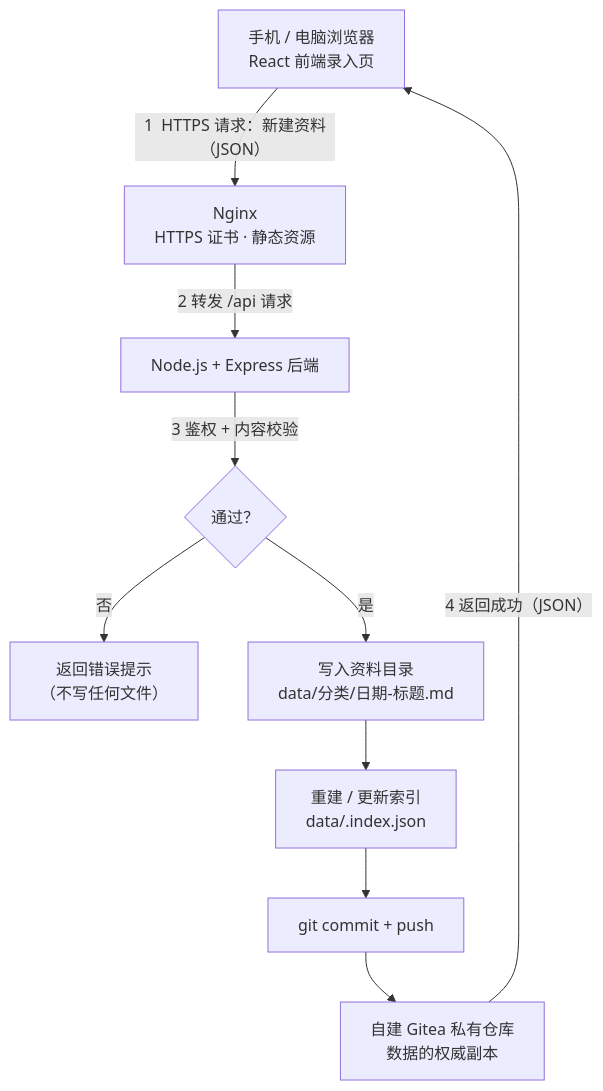
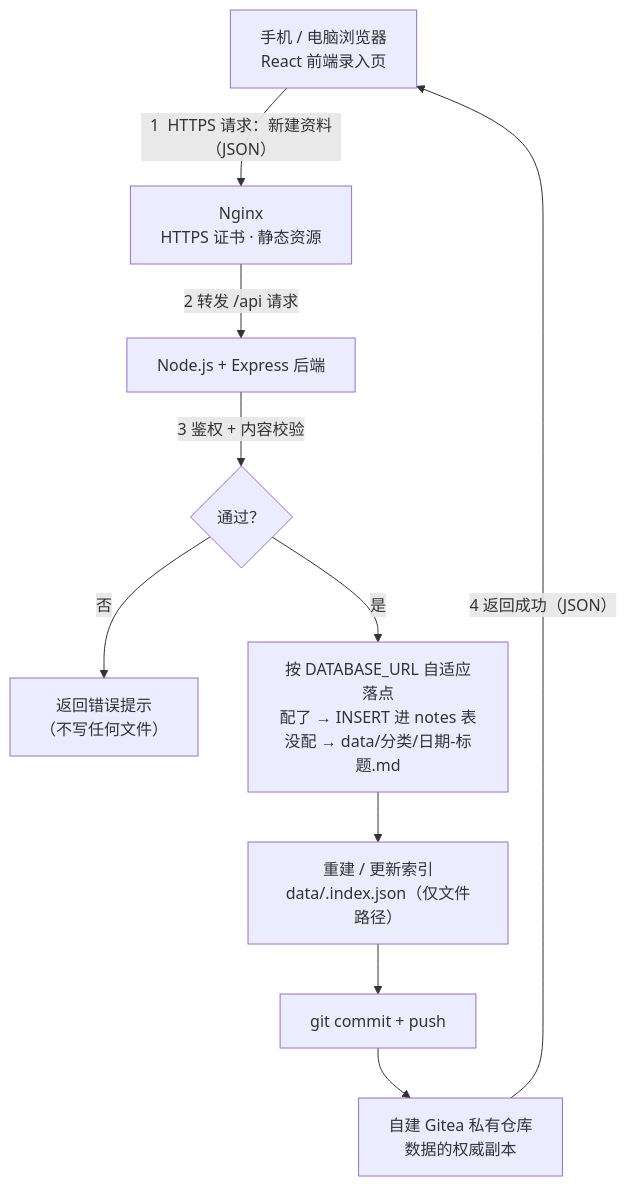
One commit to XingHo-VibeCoding/vbcd changed the first of 8 diagrams in TECH_DESIGN.md. Above: the diagram before and after it, drawn with Mermaid. The commit also changed other lines of this file and 6 other files, not shown here.

````diff
--- a/TECH_DESIGN.md
+++ b/TECH_DESIGN.md
@@ -82,12 +84,12 @@
 ```mermaid
 flowchart TD
     A["手机 / 电脑浏览器<br/>React 前端录入页"] -->|"1  HTTPS 请求：新建资料（JSON）"| B["Nginx<br/>HTTPS 证书 · 静态资源"]
     B -->|"2  转发 /api 请求"| C["Node.js + Express 后端"]
     C -->|"3  鉴权 + 内容校验"| D{"通过？"}
     D -->|"否"| E["返回错误提示<br/>（不写任何文件）"]
-    D -->|"是"| F["写入资料目录<br/>data/分类/日期-标题.md"]
-    F --> G["重建 / 更新索引<br/>data/.index.json"]
+    D -->|"是"| F["按 DATABASE_URL 自适应落点<br/>配了 → INSERT 进 notes 表<br/>没配 → data/分类/日期-标题.md"]
+    F --> G["重建 / 更新索引<br/>data/.index.json（仅文件路径）"]
     G --> H["git commit + push"]
     H --> I["自建 Gitea 私有仓库<br/>数据的权威副本"]
     I -->|"4  返回成功（JSON）"| A
 ```
````
